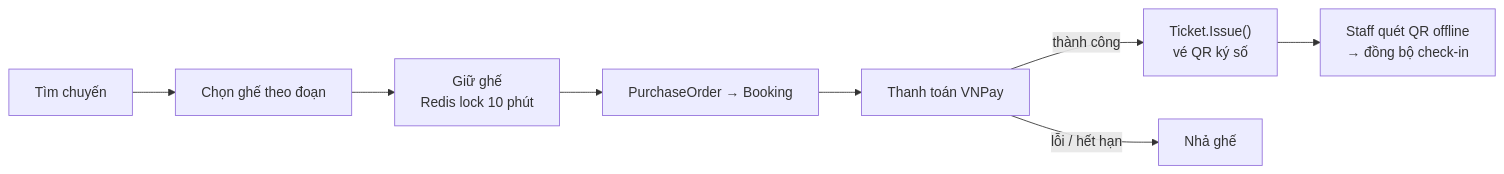
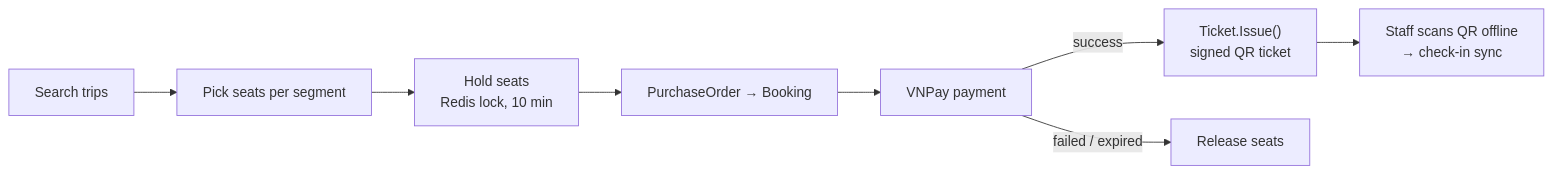
Before and after one commit to minhvuong0909/waterbus-system: the second of 2 diagrams in README.md, drawn with Mermaid. The commit also changed other lines of this file and 1 other file, not shown here.

````diff
--- a/README.md
+++ b/README.md
@@ -115,10 +118,10 @@
 ```mermaid
 flowchart LR
-    A[Tìm chuyến] --> B[Chọn ghế theo đoạn]
-    B --> C["Giữ ghế<br/>Redis lock 10 phút"]
+    A[Search trips] --> B[Pick seats per segment]
+    B --> C["Hold seats<br/>Redis lock, 10 min"]
     C --> D[PurchaseOrder → Booking]
-    D --> E[Thanh toán VNPay]
-    E -->|thành công| F["Ticket.Issue()<br/>vé QR ký số"]
-    E -->|lỗi / hết hạn| G[Nhả ghế]
-    F --> H["Staff quét QR offline<br/>→ đồng bộ check-in"]
+    D --> E[VNPay payment]
+    E -->|success| F["Ticket.Issue()<br/>signed QR ticket"]
+    E -->|failed / expired| G[Release seats]
+    F --> H["Staff scans QR offline<br/>→ check-in sync"]
 ```
````
